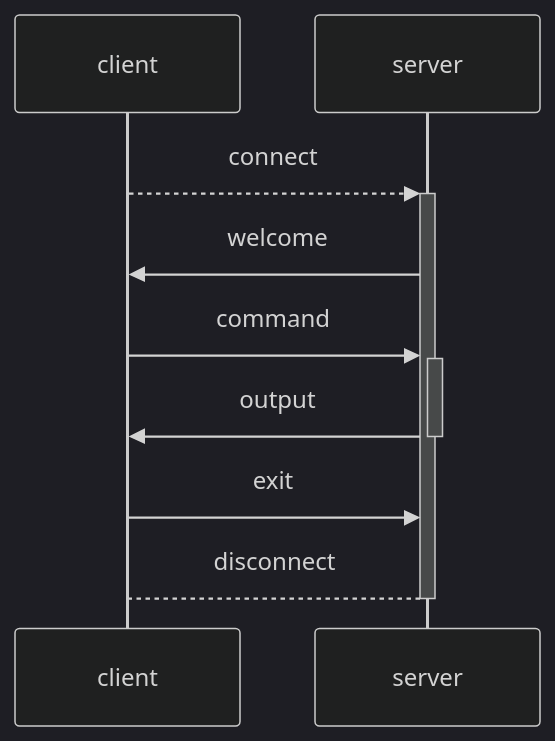
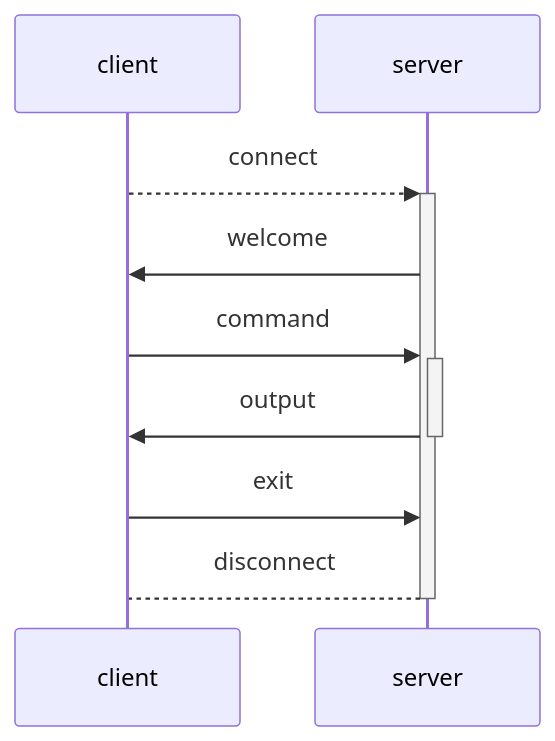
The diagram in README.md (iamazeem/TcpClientServerApp), drawn with Mermaid before and after one commit.

````diff
--- a/README.md
+++ b/README.md
@@ -12,12 +12,11 @@
 ```mermaid
-%%{init: {'theme':'dark'}}%%
 sequenceDiagram
     participant client
     participant server
     client-->>+server: connect
     server->>client: welcome
     client->>+server: command
     server->>-client: output
     client->>server: exit
     server-->-client: disconnect
 ```
````
